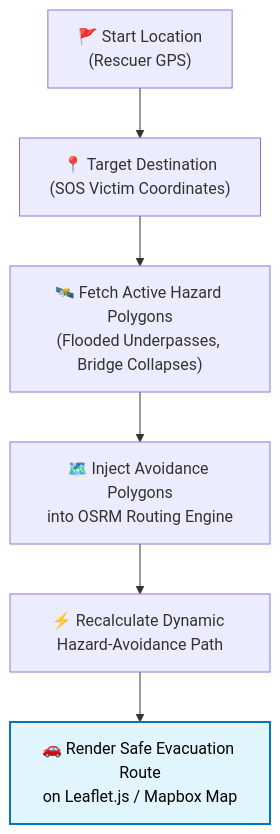
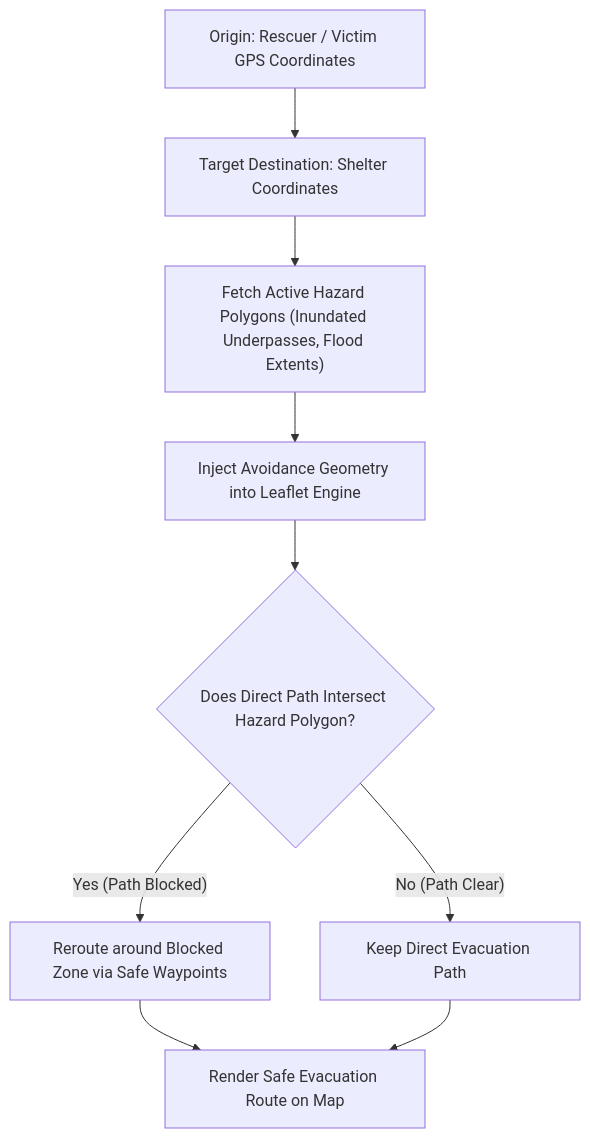
One commit to MrinallSamal-byte/SIH changed the fourth of 6 diagrams in README.md. Above: the diagram before and after it, drawn with Mermaid. The commit also changed other lines of this file and 680 other files, not shown here.

Commit message:
feat: initialize React 19 web frontend with core routing and navigation, and scaffold FastAPI AI engine components.

````diff
--- a/README.md
+++ b/README.md
@@ -507,11 +138,11 @@
 ```mermaid
 flowchart TD
-    A["🚩 Start Location\n(Rescuer GPS)"] --> B["📍 Target Destination\n(SOS Victim Coordinates)"]
-    B --> C["🛰️ Fetch Active Hazard Polygons\n(Flooded Underpasses, Bridge Collapses)"]
-    C --> D["🗺️ Inject Avoidance Polygons\ninto OSRM Routing Engine"]
-    D --> E["⚡ Recalculate Dynamic Hazard-Avoidance Path"]
-    E --> F["🚗 Render Safe Evacuation Route\non Leaflet.js / Mapbox Map"]
-
-    classDef route fill:#e1f5fe,stroke:#0277bd,stroke-width:2px,color:#000000;
-    class F route;
+    Origin["Origin: Rescuer / Victim GPS Coordinates"] --> Target["Target Destination: Shelter Coordinates"]
+    Target --> Hazards["Fetch Active Hazard Polygons (Inundated Underpasses, Flood Extents)"]
+    Hazards --> InjectGIS["Inject Avoidance Geometry into Leaflet Engine"]
+    InjectGIS --> RouteCheck{"Does Direct Path Intersect Hazard Polygon?"}
+    RouteCheck -- "Yes (Path Blocked)" --> Reroute["Reroute around Blocked Zone via Safe Waypoints"]
+    RouteCheck -- "No (Path Clear)" --> Direct["Keep Direct Evacuation Path"]
+    Reroute --> Render["Render Safe Evacuation Route on Map"]
+    Direct --> Render
 ```
````
